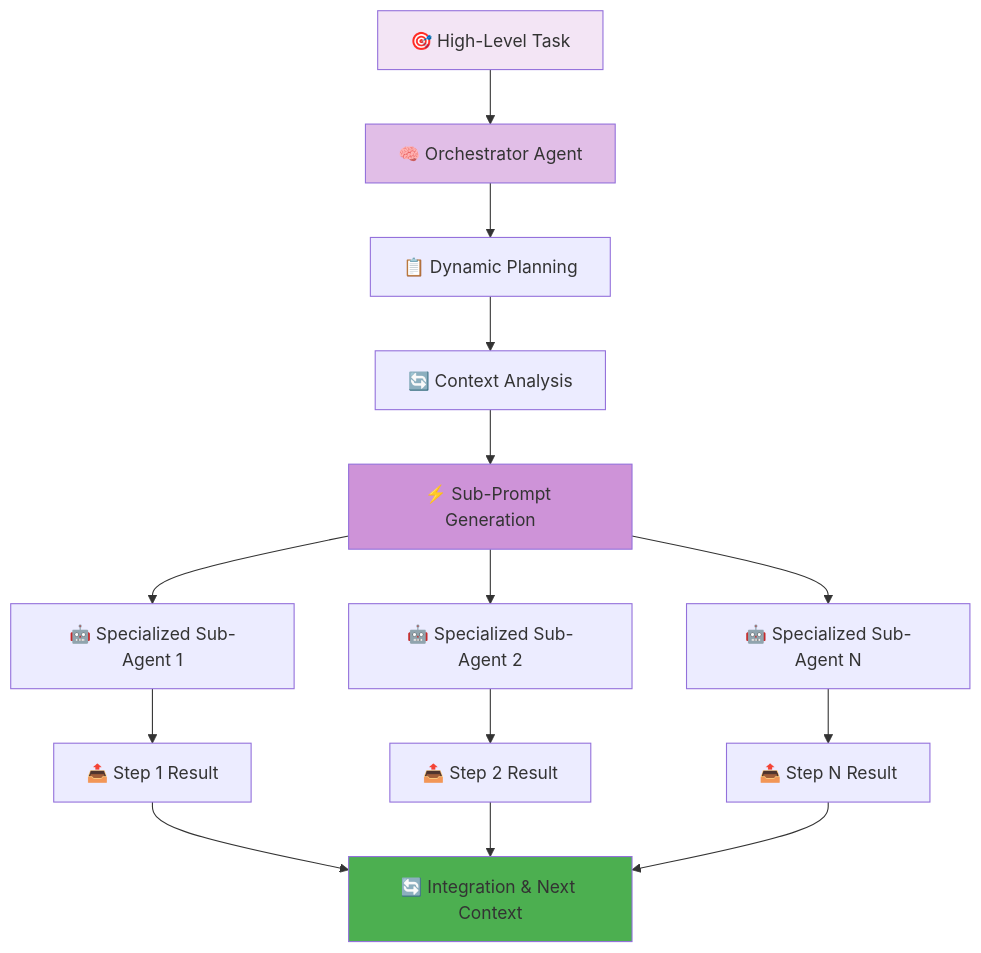
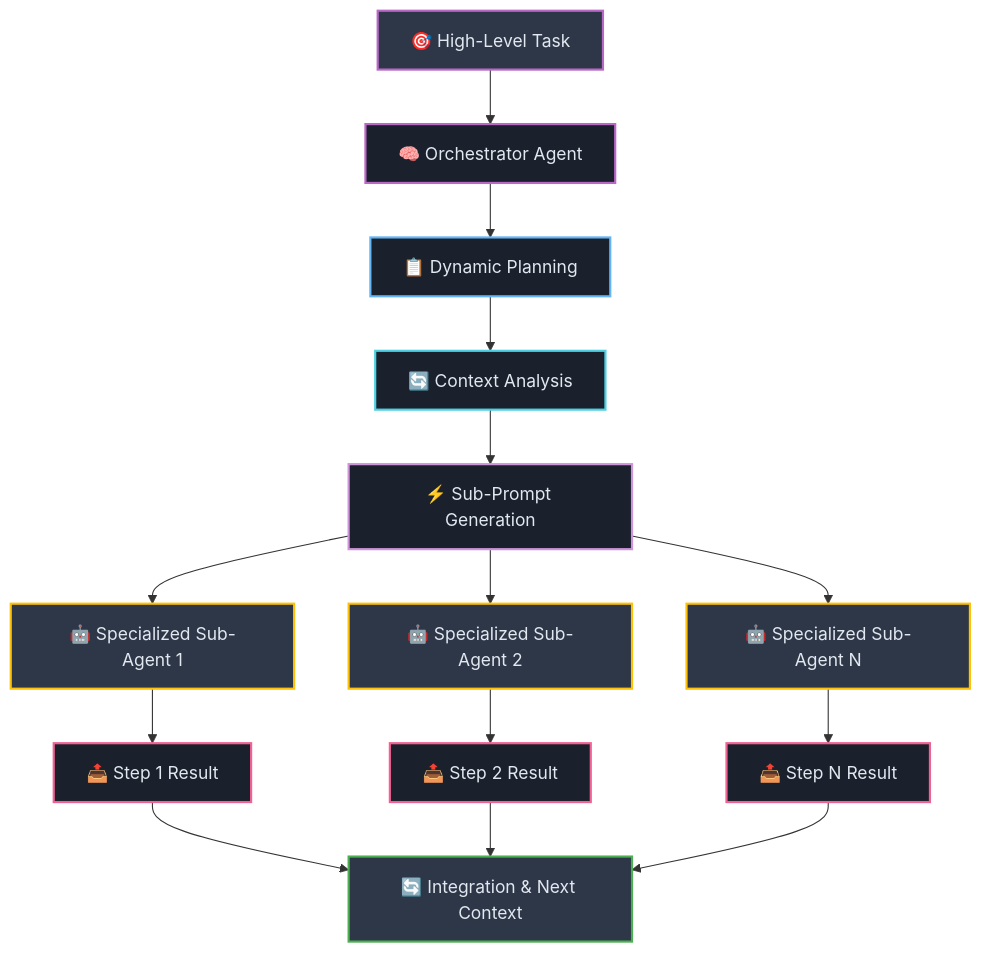
Before and after one commit to josemlopez/prompt_tutorial: the third of 5 diagrams in Part_II_Section_7_Advanced_Agentic_Prompting_Metaprogramming_and_Self-Correction.md, drawn with Mermaid. The commit also changed other lines of this file and 7 other files, not shown here.

````diff
--- a/Part_II_Section_7_Advanced_Agentic_Prompting_Metaprogramming_and_Self-Correction.md
+++ b/Part_II_Section_7_Advanced_Agentic_Prompting_Metaprogramming_and_Self-Correction.md
@@ -140,25 +146,33 @@
 ```mermaid
 graph TD
-    A[🎯 High-Level Task] --> B[🧠 Orchestrator Agent]
-    
-    B --> C[📋 Dynamic Planning]
-    C --> D[🔄 Context Analysis]
-    D --> E[⚡ Sub-Prompt Generation]
-    
-    E --> F[🤖 Specialized Sub-Agent 1]
-    E --> G[🤖 Specialized Sub-Agent 2]
-    E --> H[🤖 Specialized Sub-Agent N]
-    
-    F --> I[📤 Step 1 Result]
-    G --> J[📤 Step 2 Result]
-    H --> K[📤 Step N Result]
-    
-    I --> L[🔄 Integration & Next Context]
-    J --> L
-    K --> L
-    
-    style A fill:#f3e5f5
-    style B fill:#e1bee7
-    style E fill:#ce93d8
-    style L fill:#4caf50
+   A[🎯 High-Level Task] --> B[🧠 Orchestrator Agent]
+   
+   B --> C[📋 Dynamic Planning]
+   C --> D[🔄 Context Analysis]
+   D --> E[⚡ Sub-Prompt Generation]
+   
+   E --> F[🤖 Specialized Sub-Agent 1]
+   E --> G[🤖 Specialized Sub-Agent 2]
+   E --> H[🤖 Specialized Sub-Agent N]
+   
+   F --> I[📤 Step 1 Result]
+   G --> J[📤 Step 2 Result]
+   H --> K[📤 Step N Result]
+   
+   I --> L[🔄 Integration & Next Context]
+   J --> L
+   K --> L
+   
+   style A fill:#2d3748,stroke:#ba68c8,stroke-width:2px,color:#e2e8f0
+   style B fill:#1a202c,stroke:#ba68c8,stroke-width:2px,color:#e2e8f0
+   style C fill:#1a202c,stroke:#64b5f6,stroke-width:2px,color:#e2e8f0
+   style D fill:#1a202c,stroke:#4dd0e1,stroke-width:2px,color:#e2e8f0
+   style E fill:#1a202c,stroke:#ce93d8,stroke-width:2px,color:#e2e8f0
+   style F fill:#2d3748,stroke:#ffc107,stroke-width:2px,color:#e2e8f0
+   style G fill:#2d3748,stroke:#ffc107,stroke-width:2px,color:#e2e8f0
+   style H fill:#2d3748,stroke:#ffc107,stroke-width:2px,color:#e2e8f0
+   style I fill:#1a202c,stroke:#f06292,stroke-width:2px,color:#e2e8f0
+   style J fill:#1a202c,stroke:#f06292,stroke-width:2px,color:#e2e8f0
+   style K fill:#1a202c,stroke:#f06292,stroke-width:2px,color:#e2e8f0
+   style L fill:#2d3748,stroke:#4caf50,stroke-width:2px,color:#e2e8f0
 ```
````
